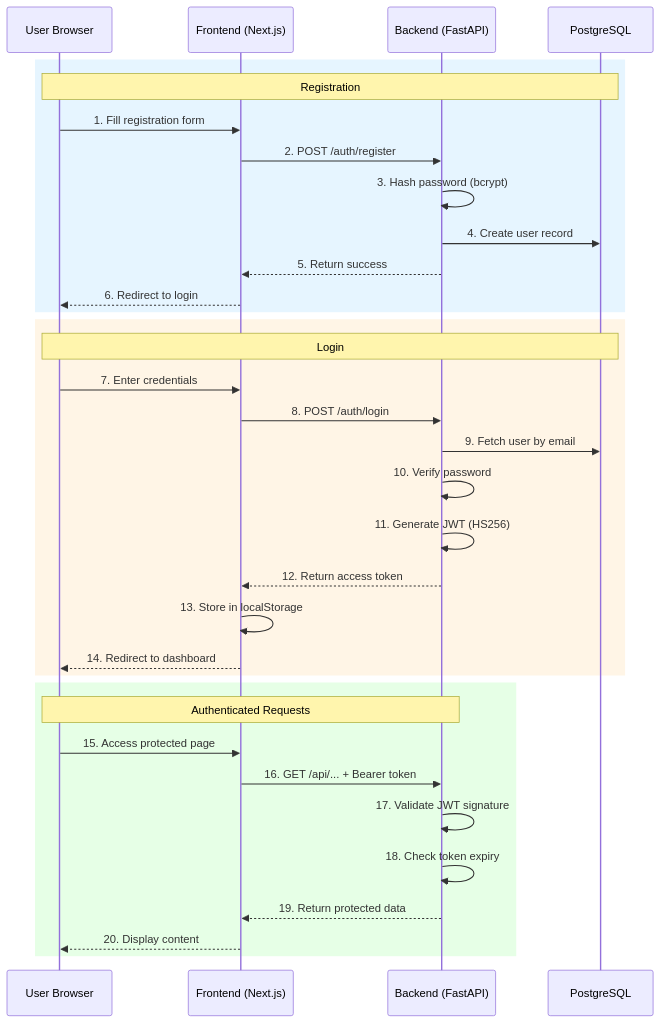
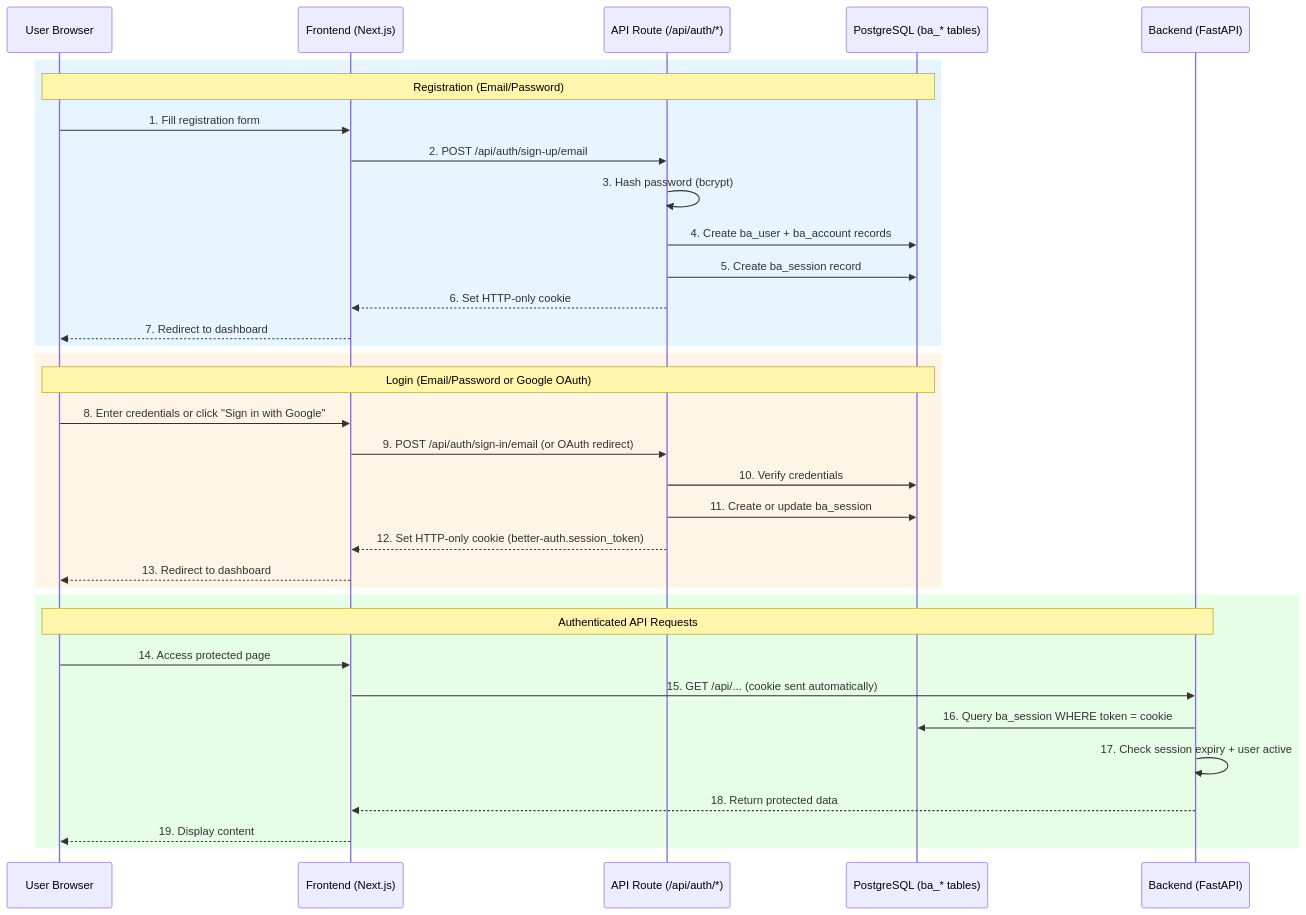
The eighth of 15 diagrams in docs/architecture/data-flow.md (benjamin-karaoglan/appartment-agent), drawn with Mermaid before and after one commit. The commit also changed other lines of this file and 22 other files, not shown here.

````diff
--- a/docs/architecture/data-flow.md
+++ b/docs/architecture/data-flow.md
@@ -236,39 +238,39 @@
 ```mermaid
 sequenceDiagram
     participant User as User Browser
     participant FE as Frontend (Next.js)
+    participant Auth as API Route (/api/auth/*)
+    participant DB as PostgreSQL (ba_* tables)
     participant BE as Backend (FastAPI)
-    participant DB as PostgreSQL
 
     rect rgb(230, 245, 255)
-        Note over User,DB: Registration
+        Note over User,DB: Registration (Email/Password)
         User->>FE: 1. Fill registration form
-        FE->>BE: 2. POST /auth/register
-        BE->>BE: 3. Hash password (bcrypt)
-        BE->>DB: 4. Create user record
-        BE-->>FE: 5. Return success
-        FE-->>User: 6. Redirect to login
+        FE->>Auth: 2. POST /api/auth/sign-up/email
+        Auth->>Auth: 3. Hash password (bcrypt)
+        Auth->>DB: 4. Create ba_user + ba_account records
+        Auth->>DB: 5. Create ba_session record
+        Auth-->>FE: 6. Set HTTP-only cookie
+        FE-->>User: 7. Redirect to dashboard
     end
 
     rect rgb(255, 245, 230)
-        Note over User,DB: Login
-        User->>FE: 7. Enter credentials
-        FE->>BE: 8. POST /auth/login
-        BE->>DB: 9. Fetch user by email
-        BE->>BE: 10. Verify password
-        BE->>BE: 11. Generate JWT (HS256)
-        BE-->>FE: 12. Return access token
-        FE->>FE: 13. Store in localStorage
-        FE-->>User: 14. Redirect to dashboard
+        Note over User,DB: Login (Email/Password or Google OAuth)
+        User->>FE: 8. Enter credentials or click "Sign in with Google"
+        FE->>Auth: 9. POST /api/auth/sign-in/email (or OAuth redirect)
+        Auth->>DB: 10. Verify credentials
+        Auth->>DB: 11. Create or update ba_session
+        Auth-->>FE: 12. Set HTTP-only cookie (better-auth.session_token)
+        FE-->>User: 13. Redirect to dashboard
     end
 
     rect rgb(230, 255, 230)
-        Note over User,BE: Authenticated Requests
-        User->>FE: 15. Access protected page
-        FE->>BE: 16. GET /api/... + Bearer token
-        BE->>BE: 17. Validate JWT signature
-        BE->>BE: 18. Check token expiry
-        BE-->>FE: 19. Return protected data
-        FE-->>User: 20. Display content
+        Note over User,BE: Authenticated API Requests
+        User->>FE: 14. Access protected page
+        FE->>BE: 15. GET /api/... (cookie sent automatically)
+        BE->>DB: 16. Query ba_session WHERE token = cookie
+        BE->>BE: 17. Check session expiry + user active
+        BE-->>FE: 18. Return protected data
+        FE-->>User: 19. Display content
     end
 ```
````
